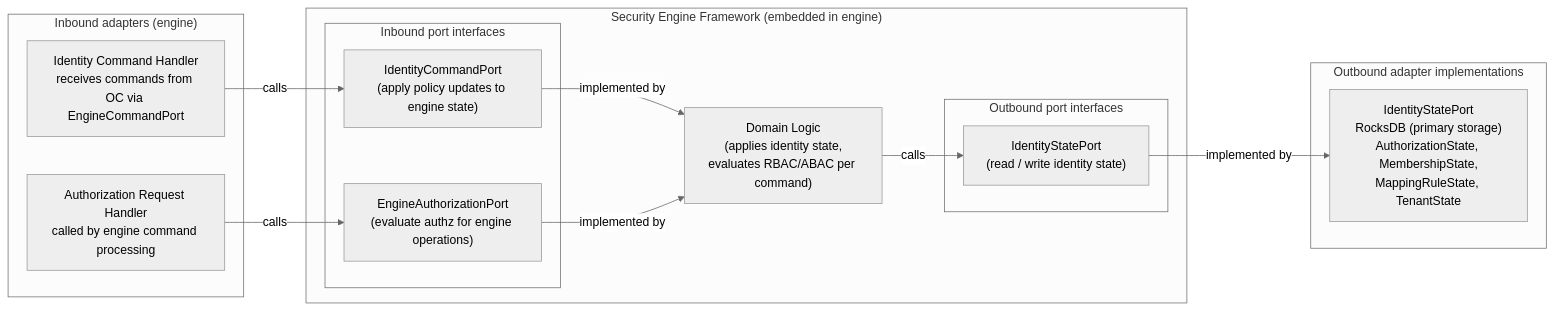
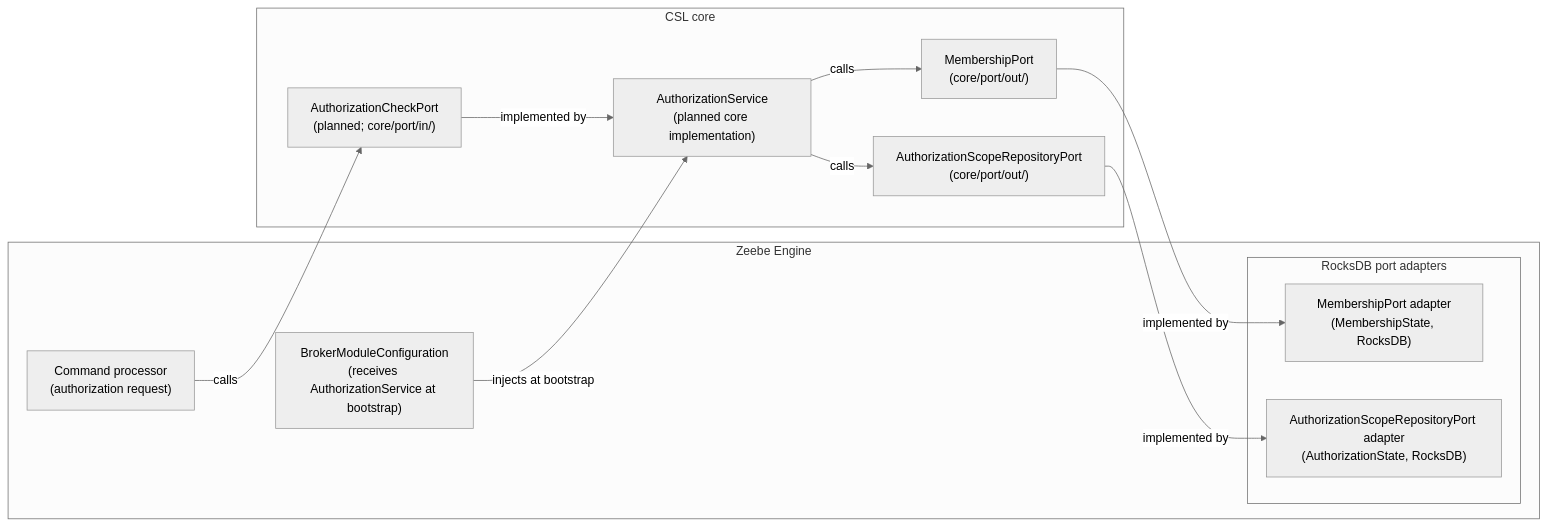
Before and after one commit to camunda/camunda-security-library: the sixth of 8 diagrams in docs/architecture/05-building-block-view.md, drawn with Mermaid (neutral theme). The commit also changed other lines of this file and 15 other files, not shown here.

First line of the commit message:
docs: update arc42 architecture docs to reflect built CSL

````diff
--- a/docs/architecture/05-building-block-view.md
+++ b/docs/architecture/05-building-block-view.md
@@ -573,28 +608,25 @@
 ```mermaid
 graph LR
-  subgraph EXT_IN_SEF["Inbound adapters (engine)"]
-    CMD_IN["Identity Command Handler</br>receives commands from OC via EngineCommandPort"]
-    AUTHZ_IN["Authorization Request Handler</br>called by engine command processing"]
-  end
-
-  subgraph SEF["Security Engine Framework (embedded in engine)"]
-    subgraph IN_PORTS_SEF["Inbound port interfaces"]
-      ICP["IdentityCommandPort</br>(apply policy updates to engine state)"]
-      EAP["EngineAuthorizationPort</br>(evaluate authz for engine operations)"]
-    end
-    SEF_LOGIC["Domain Logic</br>(applies identity state,</br>evaluates RBAC/ABAC per command)"]
-    subgraph OUT_PORTS_SEF["Outbound port interfaces"]
-      ISP["IdentityStatePort</br>(read / write identity state)"]
+  subgraph ENGINE["Zeebe Engine"]
+    CMD_PROC["Command processor</br>(authorization request)"]
+    BC["BrokerModuleConfiguration</br>(receives AuthorizationService at bootstrap)"]
+    subgraph ADAPTERS["RocksDB port adapters"]
+      MP_I["MembershipPort adapter</br>(MembershipState, RocksDB)"]
+      ASRP_I["AuthorizationScopeRepositoryPort adapter</br>(AuthorizationState, RocksDB)"]
     end
   end
 
-  subgraph EXT_OUT_SEF["Outbound adapter implementations"]
-    ROCKS["IdentityStatePort</br>RocksDB (primary storage)</br>AuthorizationState, MembershipState,</br>MappingRuleState, TenantState"]
+  subgraph CSL_CORE["CSL core"]
+    ACP["AuthorizationCheckPort</br>(planned; core/port/in/)"]
+    AS["AuthorizationService</br>(planned core implementation)"]
+    MP["MembershipPort</br>(core/port/out/)"]
+    ASRP["AuthorizationScopeRepositoryPort</br>(core/port/out/)"]
   end
 
-  CMD_IN -->|"calls"| ICP
-  AUTHZ_IN -->|"calls"| EAP
-  ICP & EAP -->|"implemented by"| SEF_LOGIC
-  SEF_LOGIC -->|"calls"| ISP
-  ISP -->|"implemented by"| ROCKS
+  BC -->|"injects at bootstrap"| AS
+  CMD_PROC -->|"calls"| ACP
+  ACP -->|"implemented by"| AS
+  AS -->|"calls"| MP & ASRP
+  MP -->|"implemented by"| MP_I
+  ASRP -->|"implemented by"| ASRP_I
 ```
````
